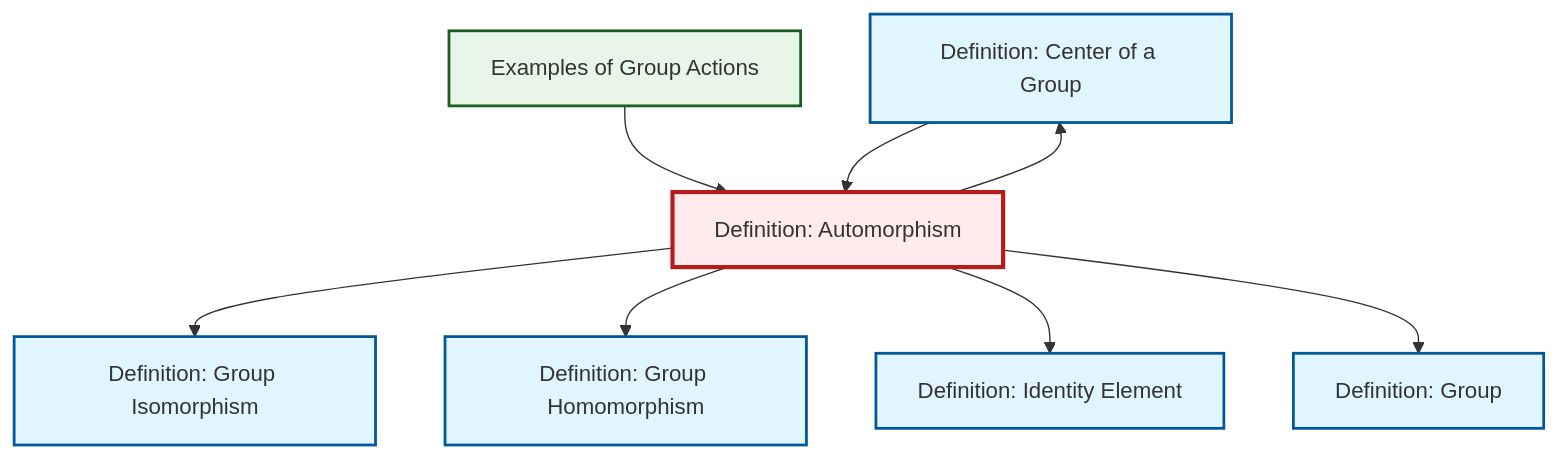
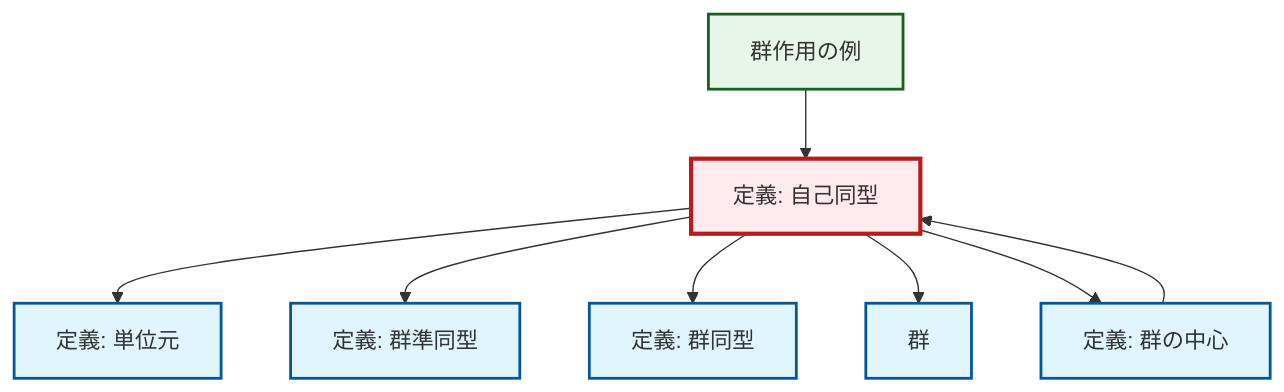
The diagram in content/ja/algebra/def-automorphism.qmd (RK0429/ModernMath), drawn with Mermaid before and after one commit. The commit also changed 1069 other files, not shown here.

````diff
--- a/content/ja/algebra/def-automorphism.qmd
+++ b/content/ja/algebra/def-automorphism.qmd
@@ -101,30 +101,30 @@
 ```{mermaid}
 %%| fig-cap: "Local dependency graph"
 graph TD
     classDef definition fill:#e1f5fe,stroke:#01579b,stroke-width:2px
     classDef theorem fill:#f3e5f5,stroke:#4a148c,stroke-width:2px
     classDef axiom fill:#fff3e0,stroke:#e65100,stroke-width:2px
     classDef example fill:#e8f5e9,stroke:#1b5e20,stroke-width:2px
     classDef current fill:#ffebee,stroke:#b71c1c,stroke-width:3px
-    def-isomorphism["Definition: Group Isomorphism"]:::definition
-    def-center-of-group["Definition: Center of a Group"]:::definition
-    def-group["Definition: Group"]:::definition
-    ex-group-action-examples["Examples of Group Actions"]:::example
-    def-homomorphism["Definition: Group Homomorphism"]:::definition
-    def-identity-element["Definition: Identity Element"]:::definition
-    def-automorphism["Definition: Automorphism"]:::definition
+    def-automorphism["定義: 自己同型"]:::definition
+    def-isomorphism["定義: 群同型"]:::definition
+    ex-group-action-examples["群作用の例"]:::example
+    def-identity-element["定義: 単位元"]:::definition
+    def-center-of-group["定義: 群の中心"]:::definition
+    def-homomorphism["定義: 群準同型"]:::definition
+    def-group["群"]:::definition
+    def-automorphism --> def-identity-element
+    def-automorphism --> def-homomorphism
     def-automorphism --> def-isomorphism
-    def-automorphism --> def-homomorphism
+    def-center-of-group --> def-automorphism
     ex-group-action-examples --> def-automorphism
+    def-automorphism --> def-group
     def-automorphism --> def-center-of-group
-    def-center-of-group --> def-automorphism
-    def-automorphism --> def-identity-element
-    def-automorphism --> def-group
     class def-automorphism current
-    click def-isomorphism "def-isomorphism.html" "Definition: Group Isomorphismへ"
-    click def-center-of-group "def-center-of-group.html" "Definition: Center of a Groupへ"
-    click def-group "def-group.html" "Definition: Groupへ"
-    click ex-group-action-examples "ex-group-action-examples.html" "Examples of Group Actionsへ"
-    click def-homomorphism "def-homomorphism.html" "Definition: Group Homomorphismへ"
-    click def-identity-element "def-identity-element.html" "Definition: Identity Elementへ"
+    click def-isomorphism "def-isomorphism.html" "群同型の定義へ"
+    click ex-group-action-examples "ex-group-action-examples.html" "群作用の例へ"
+    click def-identity-element "def-identity-element.html" "単位元の定義へ"
+    click def-center-of-group "def-center-of-group.html" "群の中心の定義へ"
+    click def-homomorphism "def-homomorphism.html" "群準同型の定義へ"
+    click def-group "def-group.html" "群へ"
 ```
````
